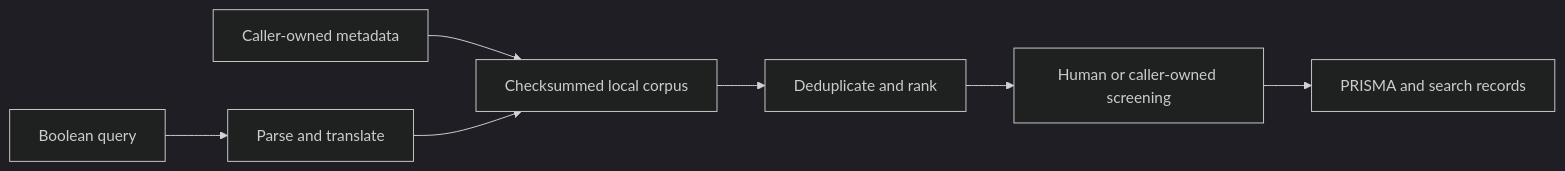
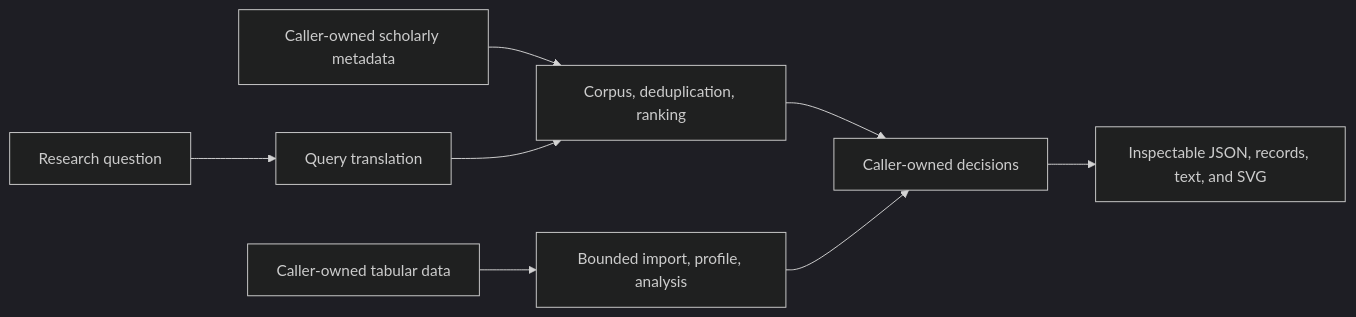
The diagram in README.md (SixSentences/sixsentences), drawn with Mermaid (dark theme) before and after one commit. The commit also changed other lines of this file and 10 other files, not shown here.

````diff
--- a/README.md
+++ b/README.md
@@ -140,9 +183,10 @@
 ```mermaid
 flowchart LR
-    Q[Boolean query] --> T[Parse and translate]
-    M[Caller-owned metadata] --> C[Checksummed local corpus]
-    T --> C
-    C --> R[Deduplicate and rank]
-    R --> H[Human or caller-owned screening]
-    H --> P[PRISMA and search records]
+    Q[Research question] --> L[Query translation]
+    M[Caller-owned scholarly metadata] --> C[Corpus, deduplication, ranking]
+    L --> C
+    D[Caller-owned tabular data] --> A[Bounded import, profile, analysis]
+    C --> H[Caller-owned decisions]
+    A --> H
+    H --> O[Inspectable JSON, records, text, and SVG]
 ```
````
